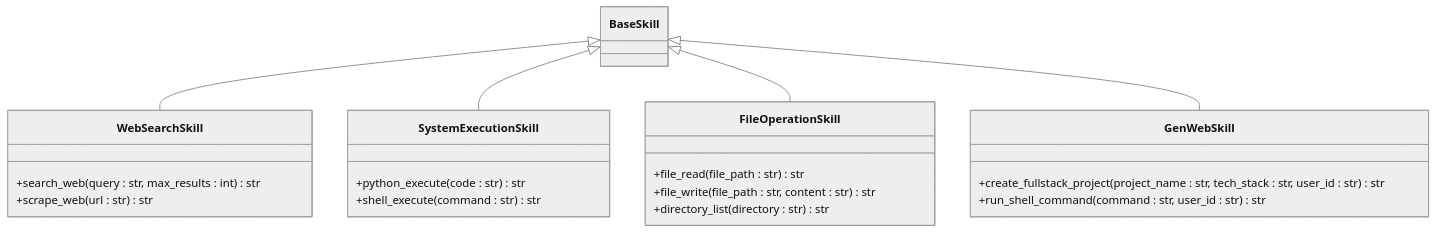
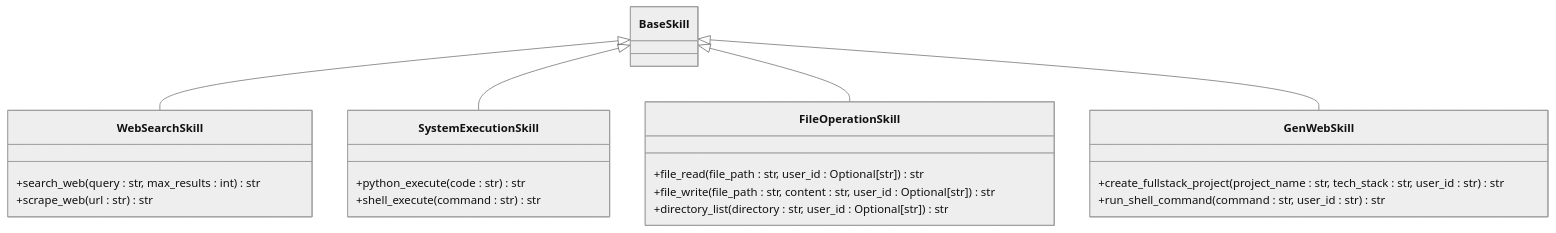
Before and after one commit to zhangdahai112/LocalManus: the ninth of 14 diagrams in .qoder/repowiki/zh/content/技能管理系统/技能管理系统.md, drawn with Mermaid (neutral theme). The commit also changed other lines of this file and 19 other files, not shown here.

````diff
--- a/.qoder/repowiki/zh/content/技能管理系统/技能管理系统.md
+++ b/.qoder/repowiki/zh/content/技能管理系统/技能管理系统.md
@@ -427,25 +436,25 @@
 ```mermaid
 classDiagram
 class BaseSkill
 class WebSearchSkill {
 +search_web(query : str, max_results : int) str
 +scrape_web(url : str) str
 }
 class SystemExecutionSkill {
 +python_execute(code : str) str
 +shell_execute(command : str) str
 }
 class FileOperationSkill {
-+file_read(file_path : str) str
-+file_write(file_path : str, content : str) str
-+directory_list(directory : str) str
++file_read(file_path : str, user_id : Optional[str]) str
++file_write(file_path : str, content : str, user_id : Optional[str]) str
++directory_list(directory : str, user_id : Optional[str]) str
 }
 class GenWebSkill {
 +create_fullstack_project(project_name : str, tech_stack : str, user_id : str) str
 +run_shell_command(command : str, user_id : str) str
 }
 BaseSkill <|-- WebSearchSkill
 BaseSkill <|-- SystemExecutionSkill
 BaseSkill <|-- FileOperationSkill
 BaseSkill <|-- GenWebSkill
 ```
````
